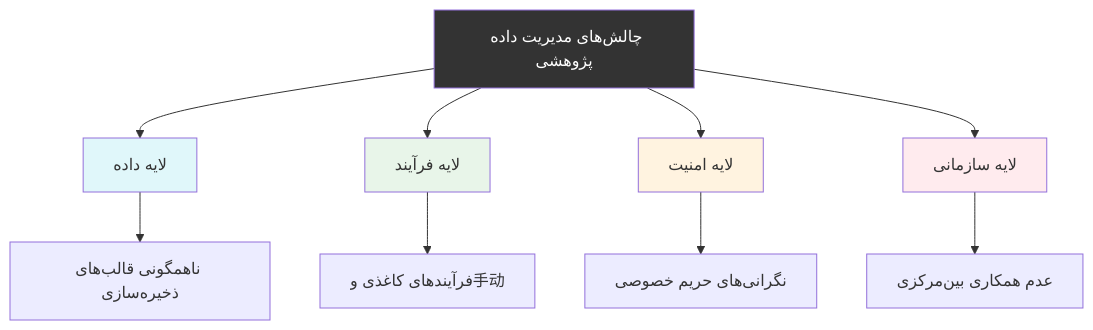
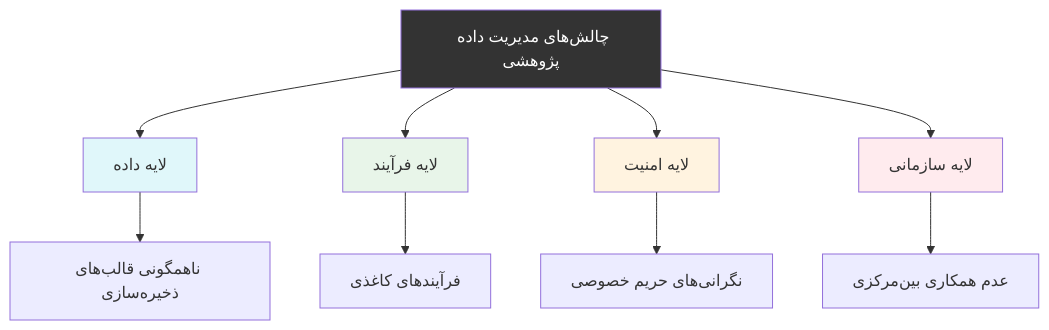
Before and after one commit to hadisadoghiyazdi1971/hadisadoghiyazdi1971.github.io: the fourth of 15 diagrams in presentation/DataBase_MediacalUniversity.md, drawn with Mermaid. The commit also changed other lines of this file, not shown here.

````diff
--- a/presentation/DataBase_MediacalUniversity.md
+++ b/presentation/DataBase_MediacalUniversity.md
@@ -137,20 +138,20 @@
 ```mermaid
 flowchart TD
-    Root[چالش‌های مدیریت داده پژوهشی]
+    Root["چالش‌های مدیریت داده پژوهشی"]
     
-    Root --> L1[لایه داده]
-    Root --> L2[لایه فرآیند]
-    Root --> L3[لایه امنیت]
-    Root --> L4[لایه سازمانی]
+    Root --> L1["لایه داده"]
+    Root --> L2["لایه فرآیند"]
+    Root --> L3["لایه امنیت"]
+    Root --> L4["لایه سازمانی"]
 
-    L1 --> D1[ناهمگونی قالب‌های ذخیره‌سازی]
-    L2 --> D2[فرآیندهای کاغذی و手动]
-    L3 --> D3[نگرانی‌های حریم خصوصی]
-    L4 --> D4[عدم همکاری بین‌مرکزی]
+    L1 --> D1["ناهمگونی قالب‌های ذخیره‌سازی"]
+    L2 --> D2["فرآیندهای کاغذی"]
+    L3 --> D3["نگرانی‌های حریم خصوصی"]
+    L4 --> D4["عدم همکاری بین‌مرکزی"]
 
     style Root fill:#333,color:#fff
     style L1 fill:#e0f7fa
     style L2 fill:#e8f5e9
     style L3 fill:#fff3e0
     style L4 fill:#ffebee
 ```
````
